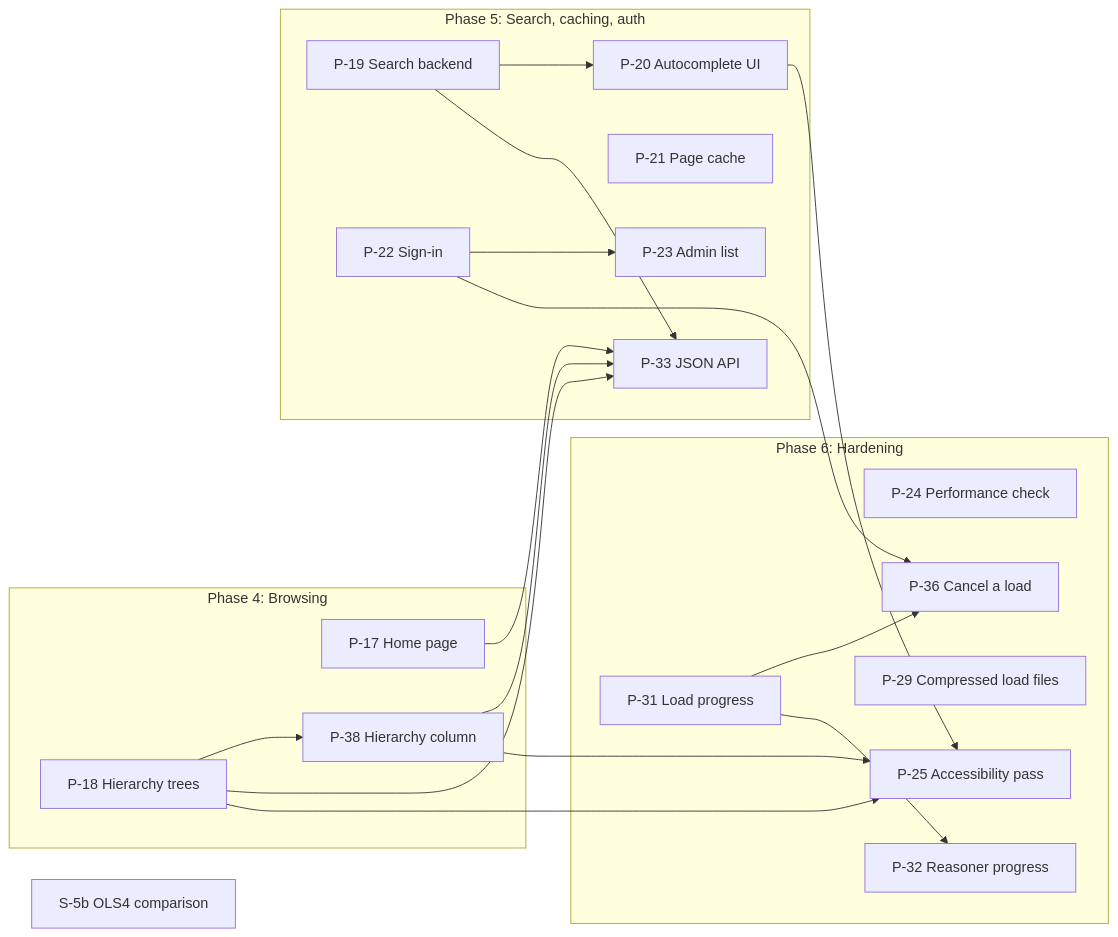
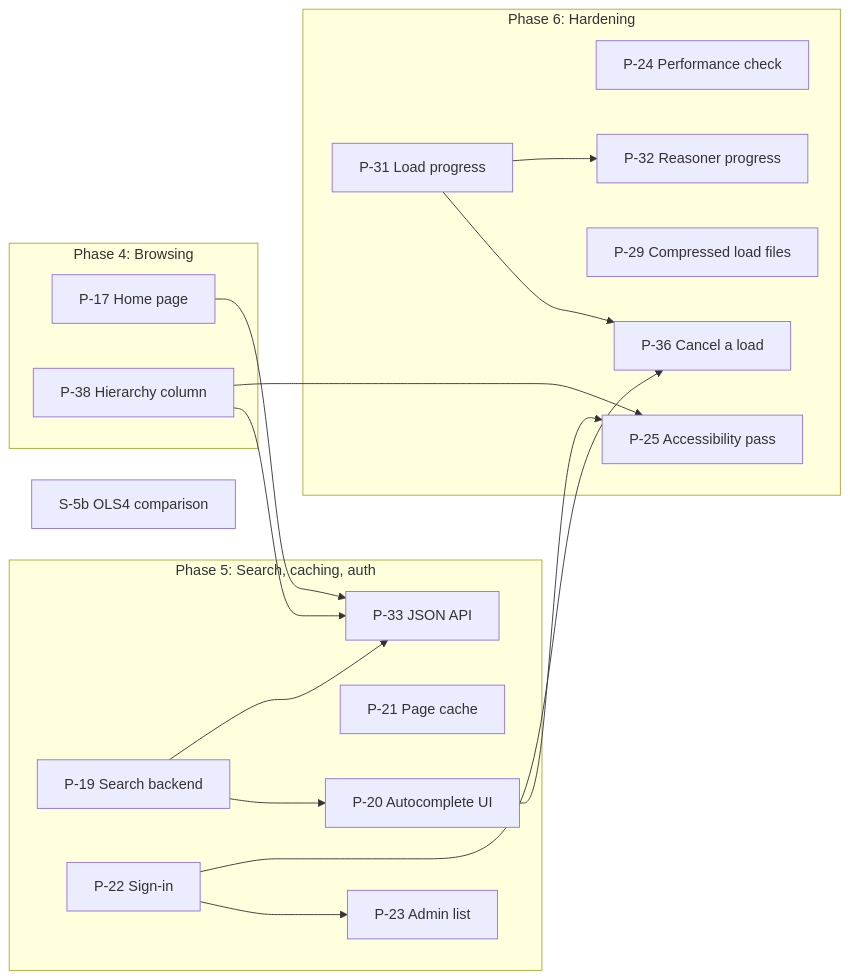
The diagram in docs/DESIGN.md (jclerman/browl), drawn with Mermaid before and after one commit. The commit also changed other lines of this file, not shown here.

Commit message:
Mark P-18 done in the plan

````diff
--- a/docs/DESIGN.md
+++ b/docs/DESIGN.md
@@ -1650,33 +1650,31 @@
 ```mermaid
 flowchart LR
     subgraph P4["Phase 4: Browsing"]
         P17["P-17 Home page"]
-        P18["P-18 Hierarchy trees"]
         P38["P-38 Hierarchy column"]
     end
     subgraph P5["Phase 5: Search, caching, auth"]
         P19["P-19 Search backend"]
         P20["P-20 Autocomplete UI"]
         P21["P-21 Page cache"]
         P22["P-22 Sign-in"]
         P23["P-23 Admin list"]
         P33["P-33 JSON API"]
     end
     subgraph P6["Phase 6: Hardening"]
         P24["P-24 Performance check"]
         P25["P-25 Accessibility pass"]
         P29["P-29 Compressed load files"]
         P31["P-31 Load progress"]
         P32["P-32 Reasoner progress"]
         P36["P-36 Cancel a load"]
     end
     S5b["S-5b OLS4 comparison"]
 
     P19 --> P20
-    P18 --> P38
-    P17 & P18 & P19 & P38 --> P33
-    P18 & P20 & P38 --> P25
+    P17 & P19 & P38 --> P33
+    P20 & P38 --> P25
     P22 --> P23
     P22 & P31 --> P36
     P31 --> P32
 ```
````
